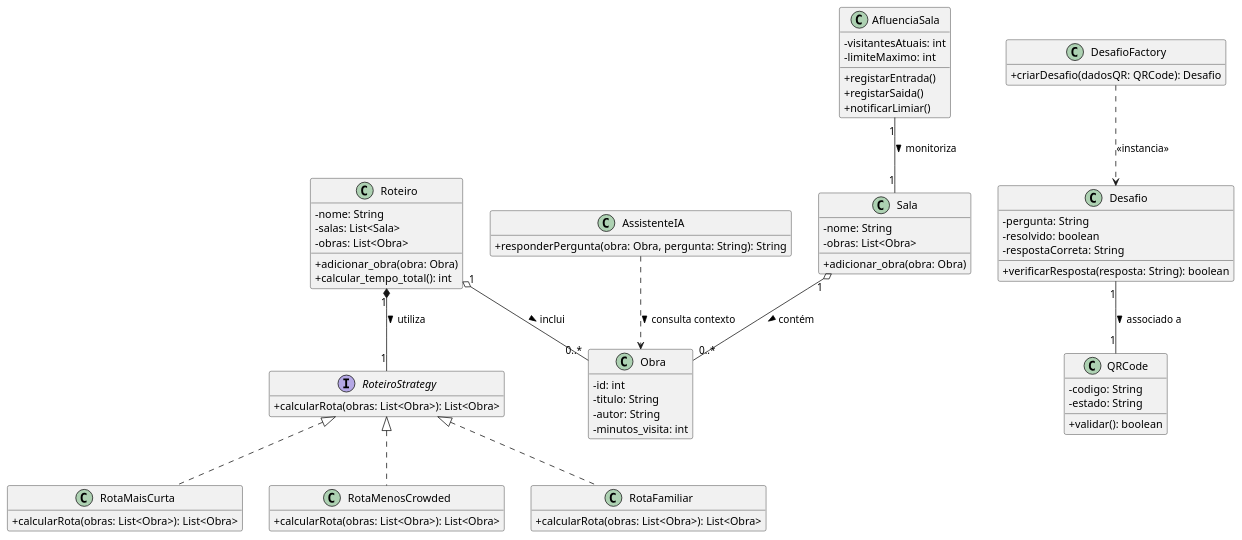
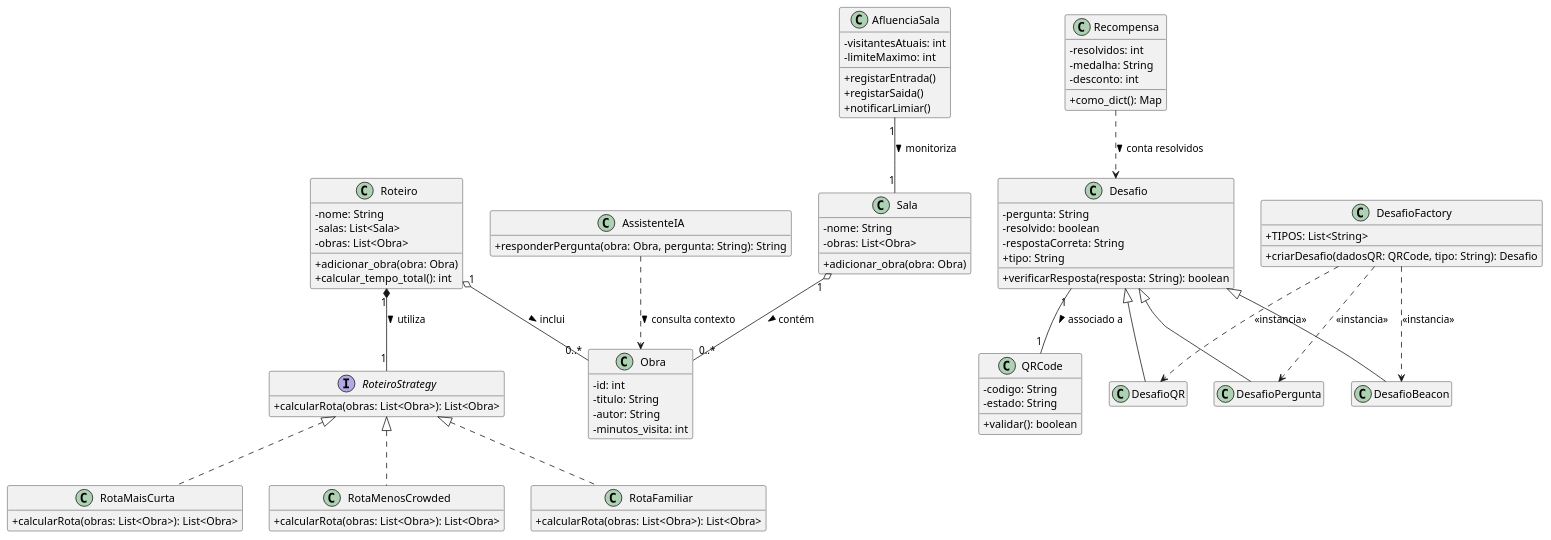
Before and after one commit to 2025113163-lab/ProjetoFinal_ESOF: the diagram in docs/diagrama_classes.puml, drawn with PlantUML. The commit also changed 3 other files, not shown here.

Commit message:
Tipos de desafio, medalhas e testes de integração do Módulo B

```diff
--- a/docs/diagrama_classes.puml
+++ b/docs/diagrama_classes.puml
@@ -1,88 +1,104 @@
 @startuml
 skinparam classAttributeIconSize 0
 hide empty members
 
 ' --- Domínio Base (Alinhado com src/main.py) ---
 class Sala {
   - nome: String
   - obras: List<Obra>
   + adicionar_obra(obra: Obra)
 }
 
 class Obra {
   - id: int
   - titulo: String
   - autor: String
   - minutos_visita: int
 }
 
 class Roteiro {
   - nome: String
   - salas: List<Sala>
   - obras: List<Obra>
   + adicionar_obra(obra: Obra)
   + calcular_tempo_total(): int
 }
 
 Sala "1" o-- "0..*" Obra : contém >
 Roteiro "1" o-- "0..*" Obra : inclui >
 
 ' --- Módulo A: Roteiros (Padrão Strategy) ---
 interface RoteiroStrategy {
   + calcularRota(obras: List<Obra>): List<Obra>
 }
 
 class RotaMaisCurta implements RoteiroStrategy {
   + calcularRota(obras: List<Obra>): List<Obra>
 }
 
 class RotaMenosCrowded implements RoteiroStrategy {
   + calcularRota(obras: List<Obra>): List<Obra>
 }
 
 class RotaFamiliar implements RoteiroStrategy {
   + calcularRota(obras: List<Obra>): List<Obra>
 }
 
 Roteiro "1" *-- "1" RoteiroStrategy : utiliza >
 
-' --- Módulo B: Caça ao Tesouro (Padrão Factory) ---
+' --- Módulo B: Caça ao Tesouro (Padrão Factory Method) ---
 class QRCode {
   - codigo: String
   - estado: String
   + validar(): boolean
 }
 
 class Desafio {
   - pergunta: String
   - resolvido: boolean
   - respostaCorreta: String
+  + tipo: String
   + verificarResposta(resposta: String): boolean
 }
 
+class DesafioPergunta extends Desafio
+class DesafioQR extends Desafio
+class DesafioBeacon extends Desafio
+
 class DesafioFactory {
-  + criarDesafio(dadosQR: QRCode): Desafio
+  + TIPOS: List<String>
+  + criarDesafio(dadosQR: QRCode, tipo: String): Desafio
 }
 
-DesafioFactory ..> Desafio : <<instancia>>
+class Recompensa {
+  - resolvidos: int
+  - medalha: String
+  - desconto: int
+  + como_dict(): Map
+}
+
+DesafioFactory ..> DesafioPergunta : <<instancia>>
+DesafioFactory ..> DesafioQR : <<instancia>>
+DesafioFactory ..> DesafioBeacon : <<instancia>>
 Desafio "1" -- "1" QRCode : associado a >
+Recompensa ..> Desafio : conta resolvidos >
 
 ' --- Padrão Observer (Monitorização) ---
 class AfluenciaSala {
   - visitantesAtuais: int
   - limiteMaximo: int
   + registarEntrada()
   + registarSaida()
   + notificarLimiar()
 }
 
 AfluenciaSala "1" -- "1" Sala : monitoriza >
 
 ' --- Módulo RAG (Inteligência Artificial) ---
 class AssistenteIA {
   + responderPergunta(obra: Obra, pergunta: String): String
 }
 
 AssistenteIA ..> Obra : consulta contexto >
 
 @enduml
```
